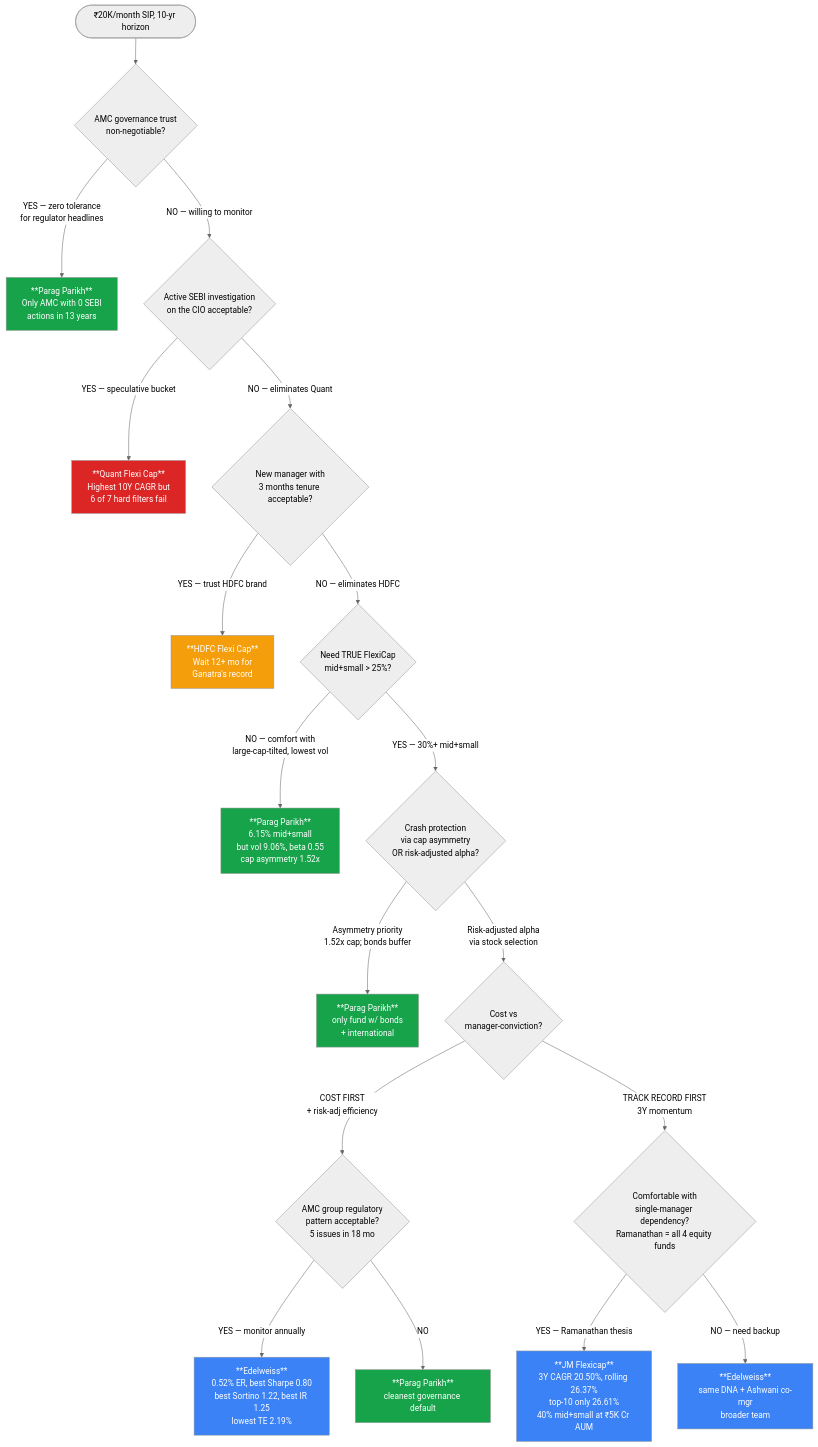
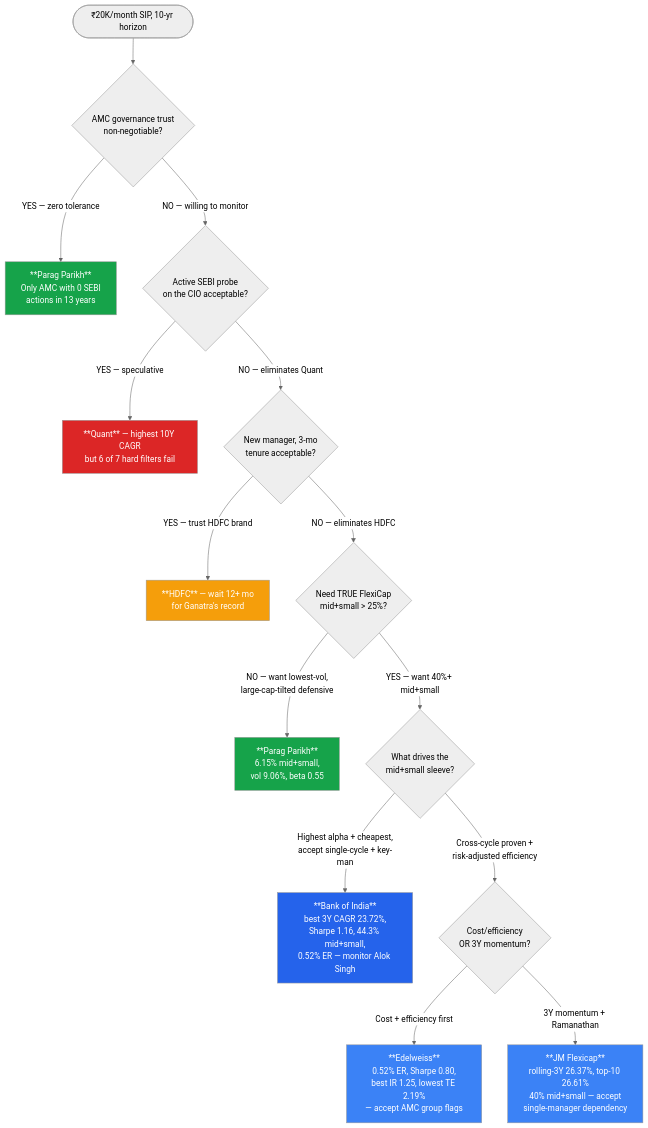
The third of 4 diagrams in Mutual Fund/FlexiCap/decision_tree.md (mayankutkarsh334/Investment), drawn with Mermaid (neutral theme) before and after one commit. The commit also changed other lines of this file, not shown here.

First line of the commit message:
Refresh FlexiCap decision tree — integrate BOI as #2

````diff
--- a/Mutual Fund/FlexiCap/decision_tree.md
+++ b/Mutual Fund/FlexiCap/decision_tree.md
@@ -212,43 +217,31 @@
 ```mermaid
 flowchart TD
     START([₹20K/month SIP, 10-yr horizon])
     START --> Q1{AMC governance trust<br/>non-negotiable?}
 
-    Q1 -->|YES — zero tolerance<br/>for regulator headlines| R_PP[**Parag Parikh**<br/>Only AMC with 0 SEBI<br/>actions in 13 years]
+    Q1 -->|YES — zero tolerance| R_PP[**Parag Parikh**<br/>Only AMC with 0 SEBI<br/>actions in 13 years]
 
-    Q1 -->|NO — willing to monitor| Q2{Active SEBI investigation<br/>on the CIO acceptable?}
-
-    Q2 -->|YES — speculative bucket| WARN[**Quant Flexi Cap**<br/>Highest 10Y CAGR but<br/>6 of 7 hard filters fail]
-    Q2 -->|NO — eliminates Quant| Q3{New manager with<br/>3 months tenure acceptable?}
-
-    Q3 -->|YES — trust HDFC brand| HDFC_T[**HDFC Flexi Cap**<br/>Wait 12+ mo for<br/>Ganatra's record]
+    Q1 -->|NO — willing to monitor| Q2{Active SEBI probe<br/>on the CIO acceptable?}
+    Q2 -->|YES — speculative| WARN[**Quant** — highest 10Y CAGR<br/>but 6 of 7 hard filters fail]
+    Q2 -->|NO — eliminates Quant| Q3{New manager, 3-mo<br/>tenure acceptable?}
+    Q3 -->|YES — trust HDFC brand| HDFC_T[**HDFC** — wait 12+ mo<br/>for Ganatra's record]
     Q3 -->|NO — eliminates HDFC| Q4{Need TRUE FlexiCap<br/>mid+small > 25%?}
 
-    Q4 -->|NO — comfort with<br/>large-cap-tilted, lowest vol| R_PP2[**Parag Parikh**<br/>6.15% mid+small<br/>but vol 9.06%, beta 0.55<br/>cap asymmetry 1.52x]
+    Q4 -->|NO — want lowest-vol,<br/>large-cap-tilted defensive| R_PP2[**Parag Parikh**<br/>6.15% mid+small,<br/>vol 9.06%, beta 0.55]
 
-    Q4 -->|YES — 30%+ mid+small| Q5{Crash protection<br/>via cap asymmetry<br/>OR risk-adjusted alpha?}
+    Q4 -->|YES — want 40%+ mid+small| Q5{What drives the<br/>mid+small sleeve?}
 
-    Q5 -->|Asymmetry priority<br/>1.52x cap; bonds buffer| R_PP3[**Parag Parikh**<br/>only fund w/ bonds<br/>+ international]
+    Q5 -->|Highest alpha + cheapest,<br/>accept single-cycle + key-man| R_BOI[**Bank of India**<br/>best 3Y CAGR 23.72%,<br/>Sharpe 1.16, 44.3% mid+small,<br/>0.52% ER — monitor Alok Singh]
 
-    Q5 -->|Risk-adjusted alpha<br/>via stock selection| Q6{Cost vs<br/>manager-conviction?}
-
-    Q6 -->|COST FIRST<br/>+ risk-adj efficiency| Q7{AMC group regulatory<br/>pattern acceptable?<br/>5 issues in 18 mo}
-
-    Q6 -->|TRACK RECORD FIRST<br/>3Y momentum| Q8{Comfortable with<br/>single-manager dependency?<br/>Ramanathan = all 4 equity funds}
-
-    Q7 -->|YES — monitor annually| R_EDEL[**Edelweiss**<br/>0.52% ER, best Sharpe 0.80<br/>best Sortino 1.22, best IR 1.25<br/>lowest TE 2.19%]
-    Q7 -->|NO| R_PP4[**Parag Parikh**<br/>cleanest governance default]
-
-    Q8 -->|YES — Ramanathan thesis| R_JM[**JM Flexicap**<br/>3Y CAGR 20.50%, rolling 26.37%<br/>top-10 only 26.61%<br/>40% mid+small at ₹5K Cr AUM]
-    Q8 -->|NO — need backup| R_EDEL2[**Edelweiss**<br/>same DNA + Ashwani co-mgr<br/>broader team]
+    Q5 -->|Cross-cycle proven +<br/>risk-adjusted efficiency| Q6{Cost/efficiency<br/>OR 3Y momentum?}
+    Q6 -->|Cost + efficiency first| R_EDEL[**Edelweiss**<br/>0.52% ER, Sharpe 0.80,<br/>best IR 1.25, lowest TE 2.19%<br/>— accept AMC group flags]
+    Q6 -->|3Y momentum + Ramanathan| R_JM[**JM Flexicap**<br/>rolling-3Y 26.37%, top-10 26.61%<br/>40% mid+small — accept<br/>single-manager dependency]
 
     style R_PP fill:#16a34a,color:#fff
     style R_PP2 fill:#16a34a,color:#fff
-    style R_PP3 fill:#16a34a,color:#fff
-    style R_PP4 fill:#16a34a,color:#fff
+    style R_BOI fill:#2563eb,color:#fff
     style R_JM fill:#3b82f6,color:#fff
     style R_EDEL fill:#3b82f6,color:#fff
-    style R_EDEL2 fill:#3b82f6,color:#fff
     style HDFC_T fill:#f59e0b,color:#fff
     style WARN fill:#dc2626,color:#fff
 ```
````
